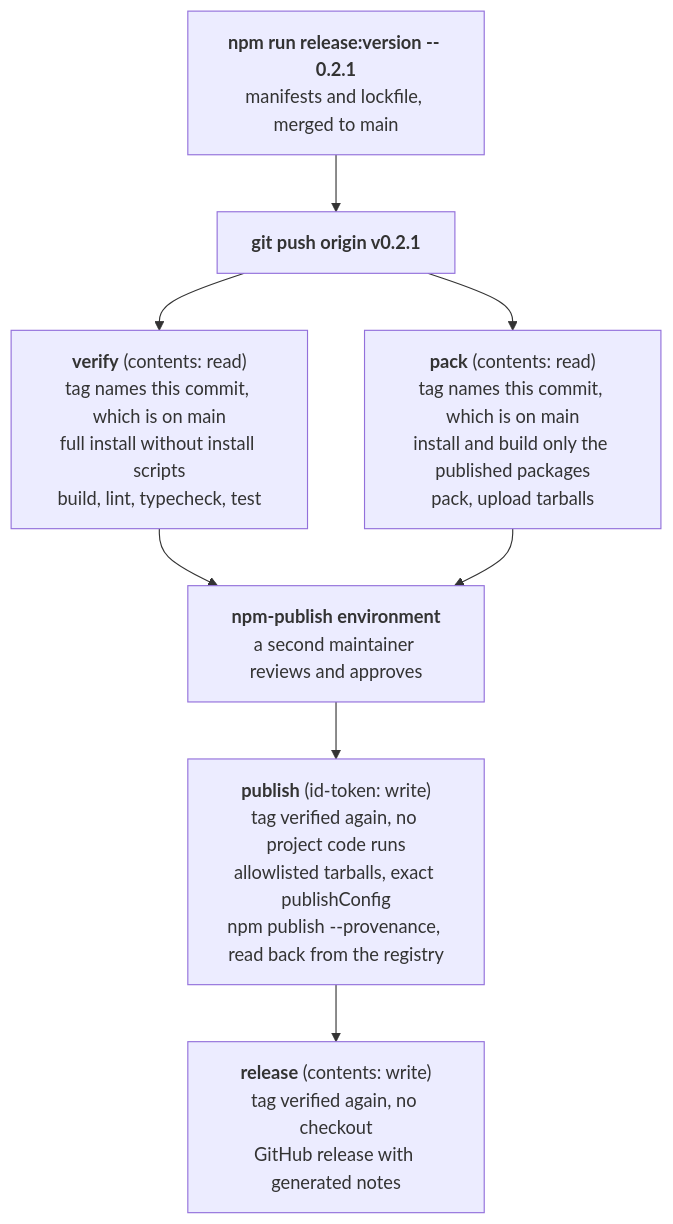
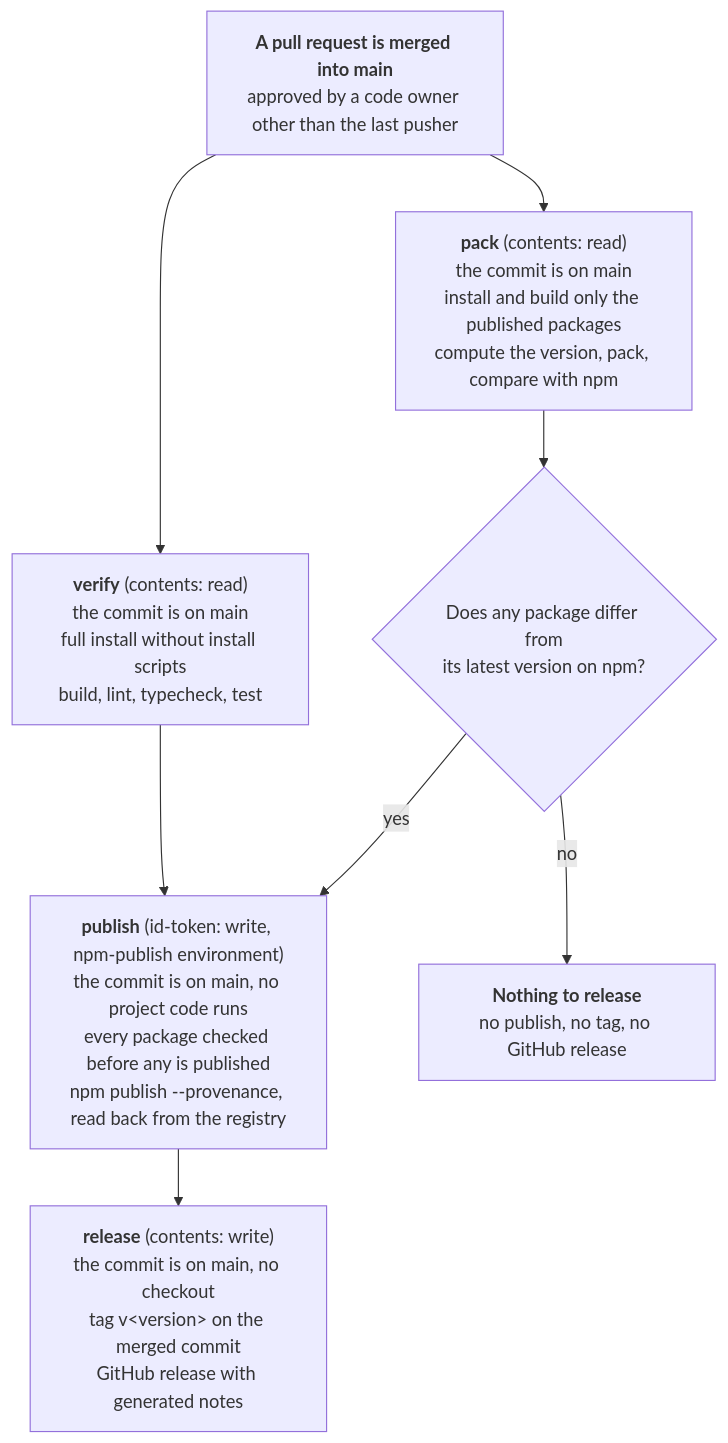
The diagram in RELEASING.md (crewlet/uilet), drawn with Mermaid before and after one commit. The commit also changed other lines of this file and 6 other files, not shown here.

First line of the commit message:
docs(release): describe releasing every merge to main

````diff
--- a/RELEASING.md
+++ b/RELEASING.md
@@ -11,11 +11,12 @@
 ```mermaid
 flowchart TD
-    V["<b>npm run release:version -- 0.2.1</b><br/>manifests and lockfile, merged to main"] --> T
-    T["<b>git push origin v0.2.1</b>"] --> C
-    T --> K
-    C["<b>verify</b> (contents: read)<br/>tag names this commit, which is on main<br/>full install without install scripts<br/>build, lint, typecheck, test"] --> A
-    K["<b>pack</b> (contents: read)<br/>tag names this commit, which is on main<br/>install and build only the published packages<br/>pack, upload tarballs"] --> A
-    A["<b>npm-publish environment</b><br/>a second maintainer reviews and approves"] --> P
-    P["<b>publish</b> (id-token: write)<br/>tag verified again, no project code runs<br/>allowlisted tarballs, exact publishConfig<br/>npm publish --provenance, read back from the registry"] --> R
-    R["<b>release</b> (contents: write)<br/>tag verified again, no checkout<br/>GitHub release with generated notes"]
+    M["<b>A pull request is merged into main</b><br/>approved by a code owner other than the last pusher"] --> C
+    M --> K
+    C["<b>verify</b> (contents: read)<br/>the commit is on main<br/>full install without install scripts<br/>build, lint, typecheck, test"] --> P
+    K["<b>pack</b> (contents: read)<br/>the commit is on main<br/>install and build only the published packages<br/>compute the version, pack, compare with npm"] --> D
+    D{"Does any package differ from<br/>its latest version on npm?"}
+    D -- no --> N["<b>Nothing to release</b><br/>no publish, no tag, no GitHub release"]
+    D -- yes --> P
+    P["<b>publish</b> (id-token: write, npm-publish environment)<br/>the commit is on main, no project code runs<br/>every package checked before any is published<br/>npm publish --provenance, read back from the registry"] --> R
+    R["<b>release</b> (contents: write)<br/>the commit is on main, no checkout<br/>tag v&lt;version&gt; on the merged commit<br/>GitHub release with generated notes"]
 ```
````
